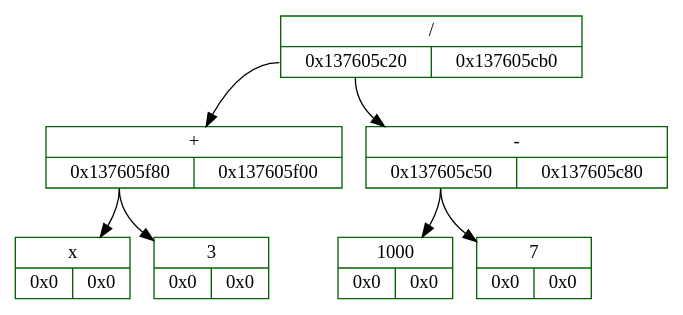
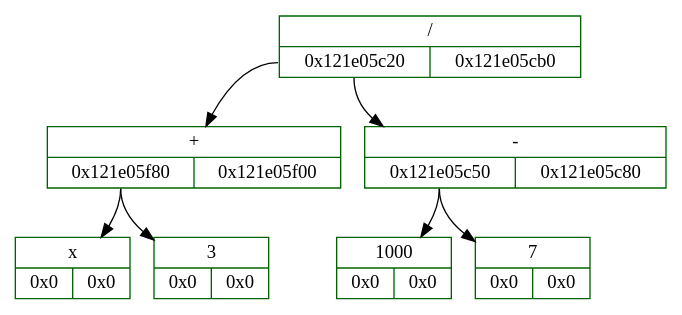
Before and after one commit to whiterno/bin_exp_tree: the diagram in log/dump.dot, drawn with Graphviz. The commit also changed 3 other files, not shown here.

```diff
--- a/log/dump.dot
+++ b/log/dump.dot
@@ -1,17 +1,17 @@
 digraph D{
 	rankdir = TB
 
-	node_7 [color = "darkgreen", style = "filled", shape = "record", fillcolor = "white", label = "{ /  | {<fl7> 0x137605c20 | <fr7> 0x137605cb0}}"]
-	node_7: <fl7> -> node_6 [color = "black", arrowhead = "normal", label = ""]
-	node_6 [color = "darkgreen", style = "filled", shape = "record", fillcolor = "white", label = "{ +  | {<fl6> 0x137605f80 | <fr6> 0x137605f00}}"]
-	node_6: <fl6> -> node_5 [color = "black", arrowhead = "normal", label = ""]
-	node_5 [color = "darkgreen", style = "filled", shape = "record", fillcolor = "white", label = "{ x  | {<fl5> 0x0 | <fr5> 0x0}}"]
-	node_6: <fl6> -> node_4 [color = "black", arrowhead = "normal", label = ""]
-	node_4 [color = "darkgreen", style = "filled", shape = "record", fillcolor = "white", label = "{3  | {<fl4> 0x0 | <fr4> 0x0}}"]
-	node_7: <fl7> -> node_3 [color = "black", arrowhead = "normal", label = ""]
-	node_3 [color = "darkgreen", style = "filled", shape = "record", fillcolor = "white", label = "{ -  | {<fl3> 0x137605c50 | <fr3> 0x137605c80}}"]
-	node_3: <fl3> -> node_2 [color = "black", arrowhead = "normal", label = ""]
-	node_2 [color = "darkgreen", style = "filled", shape = "record", fillcolor = "white", label = "{1000  | {<fl2> 0x0 | <fr2> 0x0}}"]
-	node_3: <fl3> -> node_1 [color = "black", arrowhead = "normal", label = ""]
-	node_1 [color = "darkgreen", style = "filled", shape = "record", fillcolor = "white", label = "{7  | {<fl1> 0x0 | <fr1> 0x0}}"]
+	node_4863319264 [color = "darkgreen", style = "filled", shape = "record", fillcolor = "white", label = "{ /  | {<fl4863319264> 0x121e05c20 | <fr4863319264> 0x121e05cb0}}"]
+	node_4863319264: <fl4863319264> -> node_4863319072 [color = "black", arrowhead = "normal", label = ""]
+	node_4863319072 [color = "darkgreen", style = "filled", shape = "record", fillcolor = "white", label = "{ +  | {<fl4863319072> 0x121e05f80 | <fr4863319072> 0x121e05f00}}"]
+	node_4863319072: <fl4863319072> -> node_4863319936 [color = "black", arrowhead = "normal", label = ""]
+	node_4863319936 [color = "darkgreen", style = "filled", shape = "record", fillcolor = "white", label = "{ x  | {<fl4863319936> 0x0 | <fr4863319936> 0x0}}"]
+	node_4863319072: <fl4863319072> -> node_4863319808 [color = "black", arrowhead = "normal", label = ""]
+	node_4863319808 [color = "darkgreen", style = "filled", shape = "record", fillcolor = "white", label = "{3  | {<fl4863319808> 0x0 | <fr4863319808> 0x0}}"]
+	node_4863319264: <fl4863319264> -> node_4863319216 [color = "black", arrowhead = "normal", label = ""]
+	node_4863319216 [color = "darkgreen", style = "filled", shape = "record", fillcolor = "white", label = "{ -  | {<fl4863319216> 0x121e05c50 | <fr4863319216> 0x121e05c80}}"]
+	node_4863319216: <fl4863319216> -> node_4863319120 [color = "black", arrowhead = "normal", label = ""]
+	node_4863319120 [color = "darkgreen", style = "filled", shape = "record", fillcolor = "white", label = "{1000  | {<fl4863319120> 0x0 | <fr4863319120> 0x0}}"]
+	node_4863319216: <fl4863319216> -> node_4863319168 [color = "black", arrowhead = "normal", label = ""]
+	node_4863319168 [color = "darkgreen", style = "filled", shape = "record", fillcolor = "white", label = "{7  | {<fl4863319168> 0x0 | <fr4863319168> 0x0}}"]
 }
```
